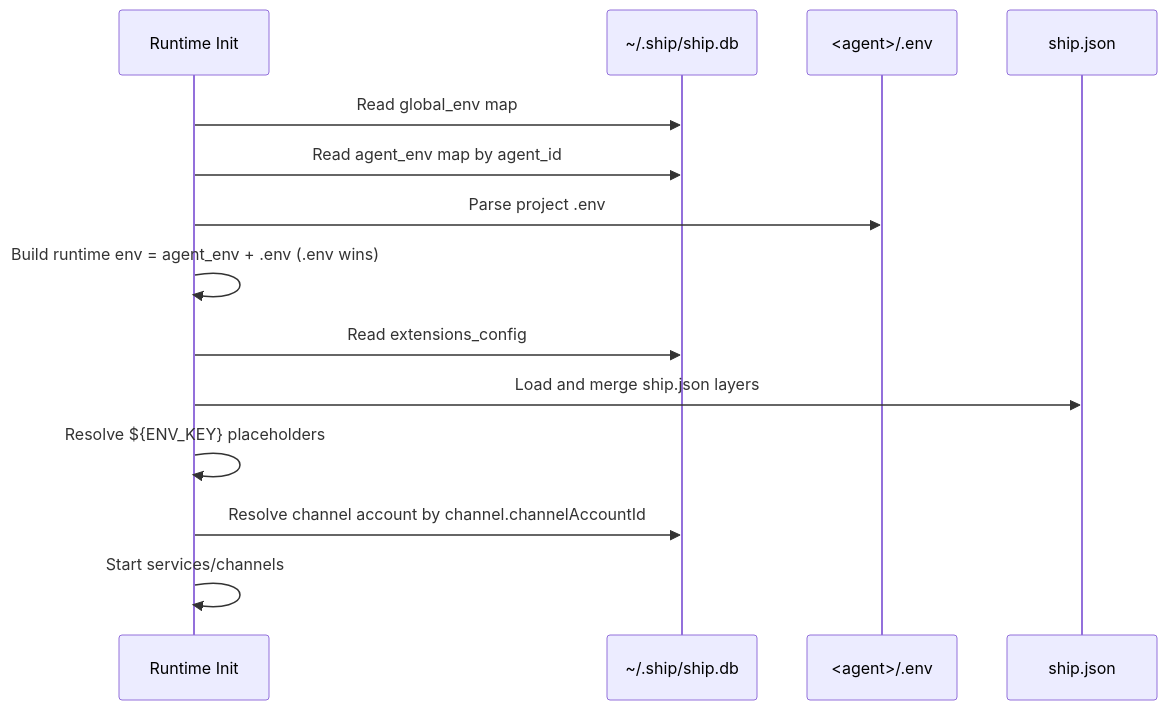
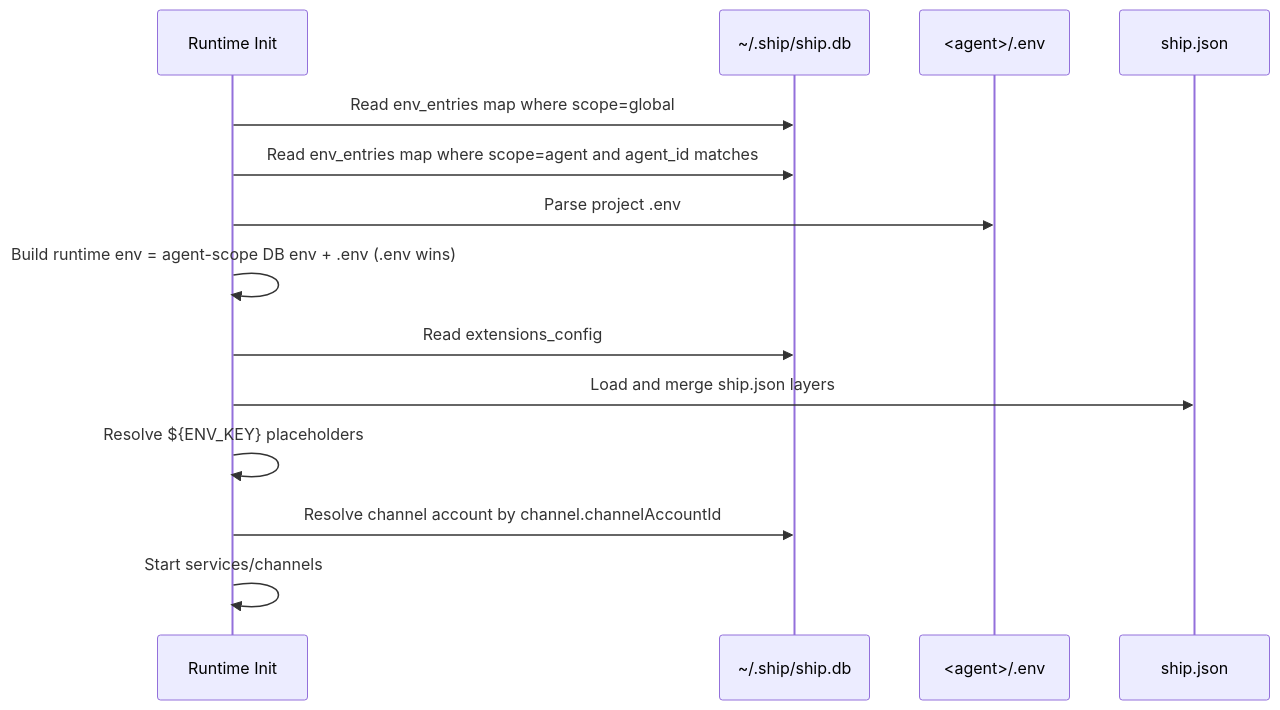
One commit to wangenius/downcity changed the second of 2 diagrams in homepage/content/docs/en/configuration/env-shipdb-design.mdx. Above: the diagram before and after it, drawn with Mermaid. The commit also changed other lines of this file and 42 other files, not shown here.

````diff
--- a/homepage/content/docs/en/configuration/env-shipdb-design.mdx
+++ b/homepage/content/docs/en/configuration/env-shipdb-design.mdx
@@ -142,17 +132,17 @@
 ```mermaid
 sequenceDiagram
   participant RT as Runtime Init
   participant DB as ~/.ship/ship.db
   participant DOT as <agent>/.env
   participant JSON as ship.json
 
-  RT->>DB: Read global_env map
-  RT->>DB: Read agent_env map by agent_id
+  RT->>DB: Read env_entries map where scope=global
+  RT->>DB: Read env_entries map where scope=agent and agent_id matches
   RT->>DOT: Parse project .env
-  RT->>RT: Build runtime env = agent_env + .env (.env wins)
+  RT->>RT: Build runtime env = agent-scope DB env + .env (.env wins)
   RT->>DB: Read extensions_config
   RT->>JSON: Load and merge ship.json layers
   RT->>RT: Resolve ${ENV_KEY} placeholders
   RT->>DB: Resolve channel account by channel.channelAccountId
   RT->>RT: Start services/channels
 ```
````
